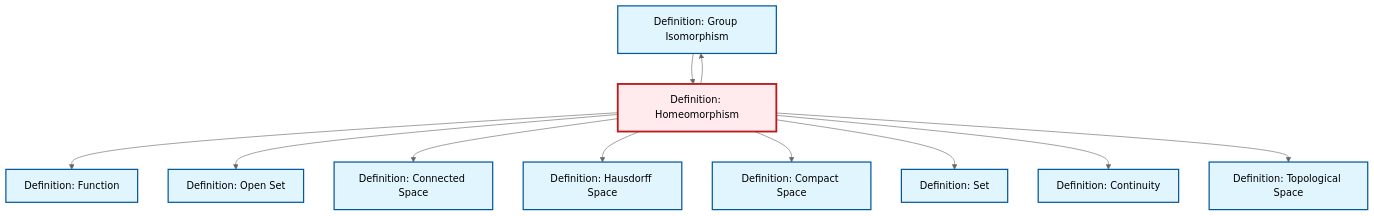
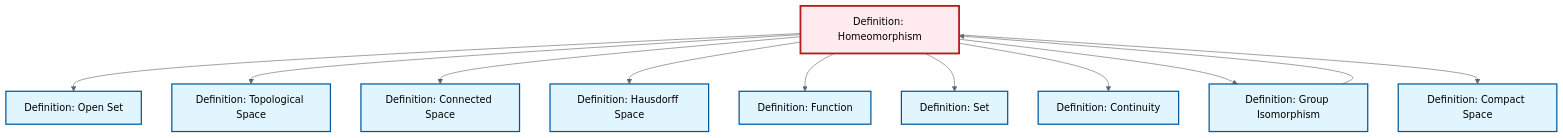
One commit to RK0429/ModernMath changed the diagram in content/ja/topology/def-homeomorphism.qmd. Above: the diagram before and after it, drawn with Mermaid (neutral theme). The commit also changed other lines of this file and 634 other files, not shown here.

````diff
--- a/content/ja/topology/def-homeomorphism.qmd
+++ b/content/ja/topology/def-homeomorphism.qmd
@@ -102,39 +102,39 @@
 ```{mermaid}
 %%| fig-cap: "Local dependency graph"
 graph TD
     classDef definition fill:#e1f5fe,stroke:#01579b,stroke-width:2px
     classDef theorem fill:#f3e5f5,stroke:#4a148c,stroke-width:2px
     classDef axiom fill:#fff3e0,stroke:#e65100,stroke-width:2px
     classDef example fill:#e8f5e9,stroke:#1b5e20,stroke-width:2px
     classDef current fill:#ffebee,stroke:#b71c1c,stroke-width:3px
+    def-homeomorphism["Definition: Homeomorphism"]:::definition
     def-compact["Definition: Compact Space"]:::definition
-    def-open-set["Definition: Open Set"]:::definition
-    def-set["Definition: Set"]:::definition
-    def-connected["Definition: Connected Space"]:::definition
-    def-topological-space["Definition: Topological Space"]:::definition
-    def-isomorphism["Definition: Group Isomorphism"]:::definition
-    def-homeomorphism["Definition: Homeomorphism"]:::definition
     def-hausdorff["Definition: Hausdorff Space"]:::definition
     def-continuity["Definition: Continuity"]:::definition
+    def-isomorphism["Definition: Group Isomorphism"]:::definition
     def-function["Definition: Function"]:::definition
+    def-topological-space["Definition: Topological Space"]:::definition
+    def-set["Definition: Set"]:::definition
+    def-open-set["Definition: Open Set"]:::definition
+    def-connected["Definition: Connected Space"]:::definition
+    def-homeomorphism --> def-open-set
+    def-isomorphism --> def-homeomorphism
+    def-homeomorphism --> def-topological-space
+    def-homeomorphism --> def-connected
+    def-homeomorphism --> def-hausdorff
     def-homeomorphism --> def-function
-    def-homeomorphism --> def-open-set
-    def-homeomorphism --> def-connected
+    def-homeomorphism --> def-set
+    def-homeomorphism --> def-continuity
     def-homeomorphism --> def-isomorphism
-    def-homeomorphism --> def-hausdorff
     def-homeomorphism --> def-compact
-    def-homeomorphism --> def-set
-    def-isomorphism --> def-homeomorphism
-    def-homeomorphism --> def-continuity
-    def-homeomorphism --> def-topological-space
     class def-homeomorphism current
     click def-compact "def-compact.html" "Definition: Compact Spaceへ"
-    click def-open-set "def-open-set.html" "Definition: Open Setへ"
-    click def-set "def-set.html" "Definition: Setへ"
-    click def-connected "def-connected.html" "Definition: Connected Spaceへ"
-    click def-topological-space "def-topological-space.html" "Definition: Topological Spaceへ"
-    click def-isomorphism "def-isomorphism.html" "Definition: Group Isomorphismへ"
     click def-hausdorff "def-hausdorff.html" "Definition: Hausdorff Spaceへ"
     click def-continuity "def-continuity.html" "Definition: Continuityへ"
+    click def-isomorphism "def-isomorphism.html" "Definition: Group Isomorphismへ"
     click def-function "def-function.html" "Definition: Functionへ"
+    click def-topological-space "def-topological-space.html" "Definition: Topological Spaceへ"
+    click def-set "def-set.html" "Definition: Setへ"
+    click def-open-set "def-open-set.html" "Definition: Open Setへ"
+    click def-connected "def-connected.html" "Definition: Connected Spaceへ"
 ```
````
